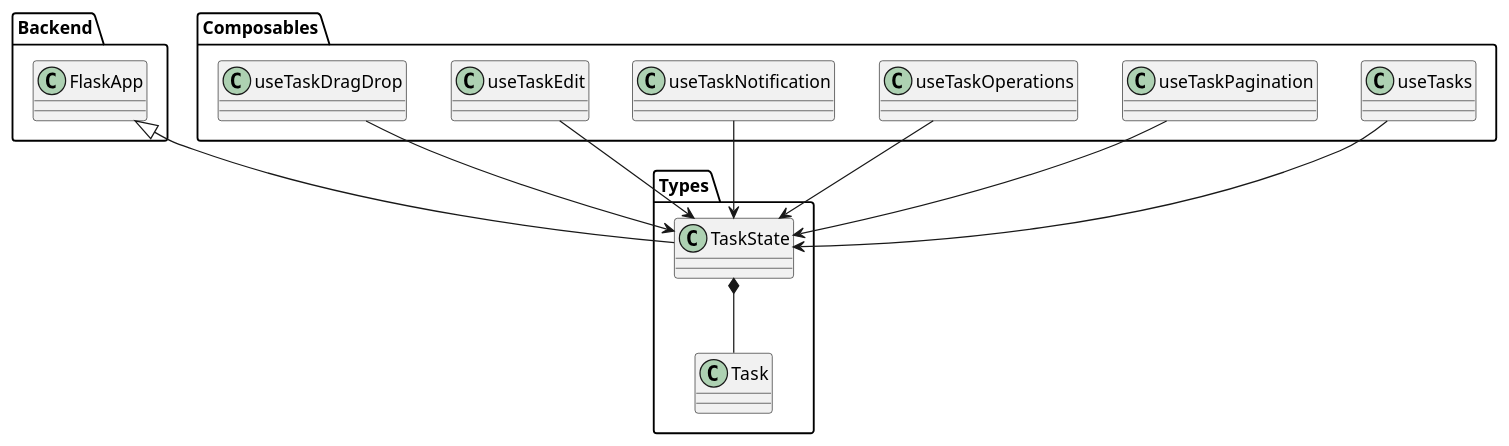
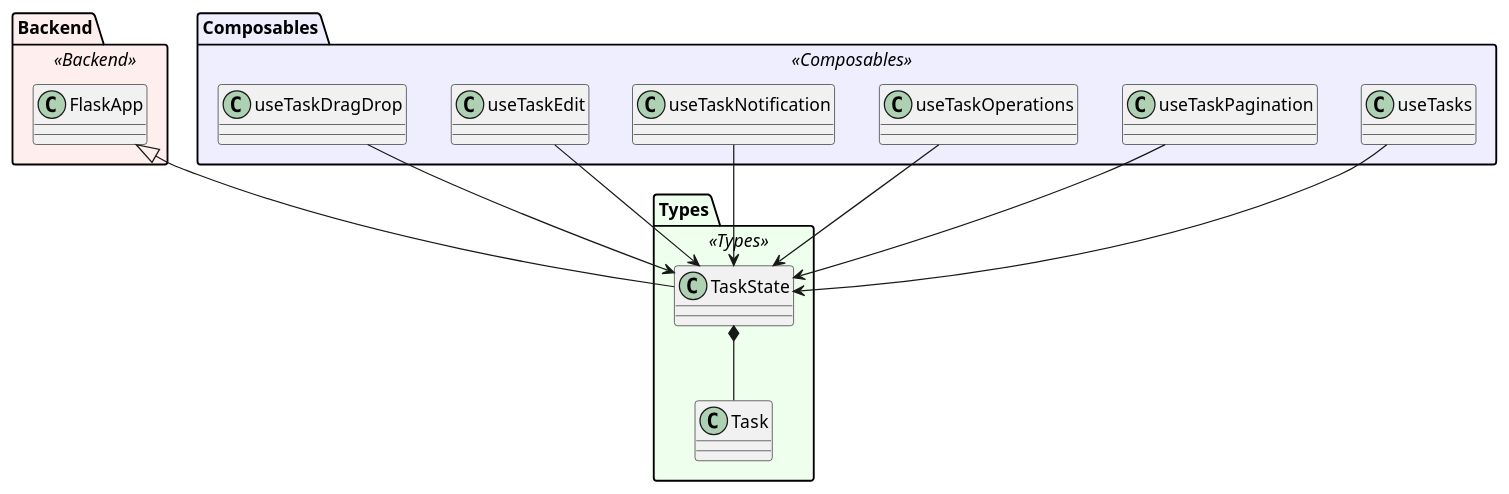
The fourth of 4 diagrams in docs/puml/TaskClassDiagram.puml (Takayuki-Suda/nuxt-todo-app-document), drawn with PlantUML before and after one commit. The commit also changed other lines of this file and 4 other files, not shown here.

First line of the commit message:
feat: クラス図に色を追加し、視覚的に見やすくしました

```diff
--- a/docs/puml/TaskClassDiagram.puml
+++ b/docs/puml/TaskClassDiagram.puml
@@ -83,28 +99,34 @@
 @startuml
-package "Backend" {
+skinparam package {
+  BackgroundColor<<Backend>> #FFEEEE
+  BackgroundColor<<Types>> #EEFFEE
+  BackgroundColor<<Composables>> #EEEEFF
+}
+
+package "Backend" <<Backend>> {
   class FlaskApp
 }
 
-package "Types" {
+package "Types" <<Types>> {
   class TaskState
   class Task
   TaskState *-- Task
 }
 
-package "Composables" {
+package "Composables" <<Composables>> {
   class useTasks
   class useTaskPagination
   class useTaskOperations
   class useTaskNotification
   class useTaskEdit
   class useTaskDragDrop
 }
 
 FlaskApp <|-- TaskState
 useTasks --> TaskState
 useTaskPagination --> TaskState
 useTaskOperations --> TaskState
 useTaskNotification --> TaskState
 useTaskEdit --> TaskState
 useTaskDragDrop --> TaskState
 @enduml
```
